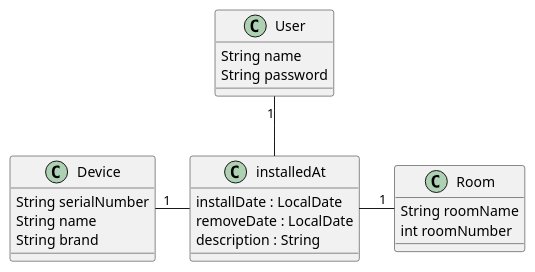
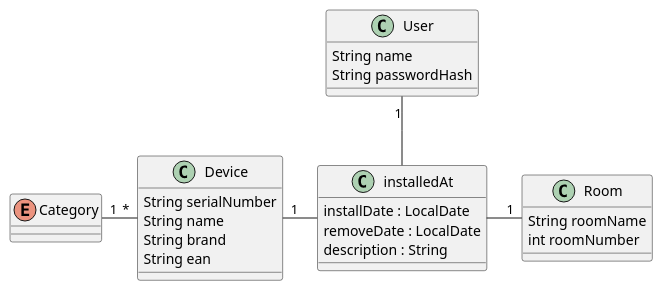
One commit to htl-leonding-project/5ahif-syp-chromecast-manager changed the diagram in asciidoctor-docker-template-master/plantuml/cld.puml. Above: the diagram before and after it, drawn with PlantUML. The commit also changed 3 other files, not shown here.

```diff
--- a/asciidoctor-docker-template-master/plantuml/cld.puml
+++ b/asciidoctor-docker-template-master/plantuml/cld.puml
@@ -1,29 +1,34 @@
 @startuml
 
 class Device{
   String serialNumber
   String name
   String brand
+  String ean
+}
+
+enum Category{
 }
 
 class Room{
    String roomName
    int roomNumber
 }
 class User
 {
     String name
-    String password
+    String passwordHash
 }
 
 class installedAt{
     installDate : LocalDate
     removeDate : LocalDate
     description : String
 }
 
 Device "1" -  installedAt
+Device "*" -left- "1" Category
 Room "1" -left- installedAt
 User "1" --  installedAt
 
 @enduml
```
